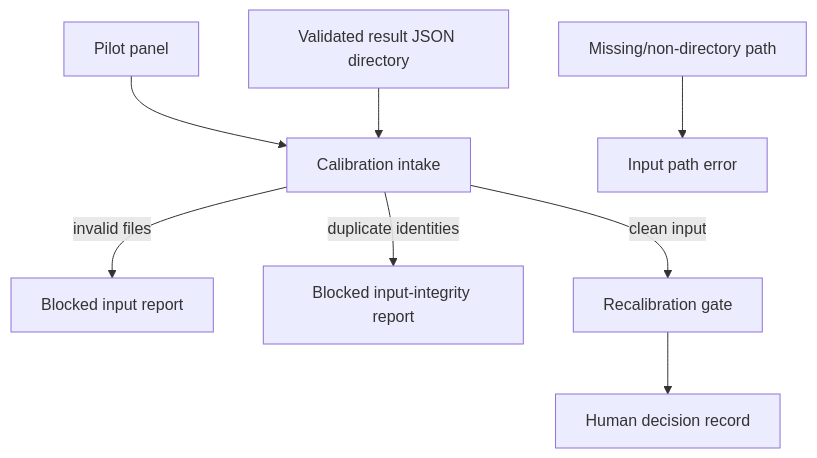
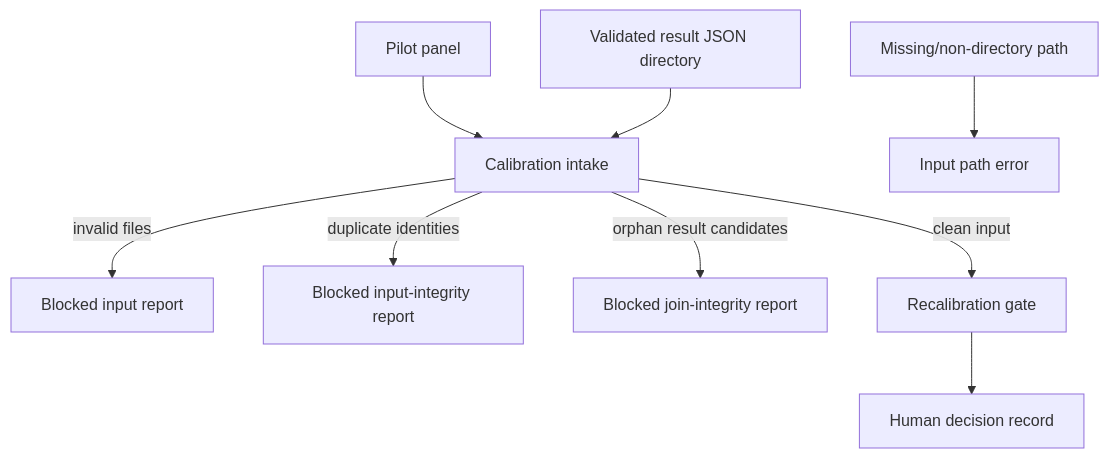
The first of 2 diagrams in src/openamp_foundry/calibration/AGENTS.md (streamentry/OpenAMP-Foundry), drawn with Mermaid before and after one commit. The commit also changed other lines of this file and 10 other files, not shown here.

First line of the commit message:
fix: block orphan lab-result joins

````diff
--- a/src/openamp_foundry/calibration/AGENTS.md
+++ b/src/openamp_foundry/calibration/AGENTS.md
@@ -16,10 +16,11 @@
 ```mermaid
 flowchart TD
   Panel["Pilot panel"] --> Intake["Calibration intake"]
   Results["Validated result JSON directory"] --> Intake
   Missing["Missing/non-directory path"] --> PathBlock["Input path error"]
   Intake -->|invalid files| Block["Blocked input report"]
   Intake -->|duplicate identities| IdentityBlock["Blocked input-integrity report"]
+  Intake -->|orphan result candidates| OrphanBlock["Blocked join-integrity report"]
   Intake -->|clean input| Gate["Recalibration gate"]
   Gate --> Human["Human decision record"]
 ```
````
